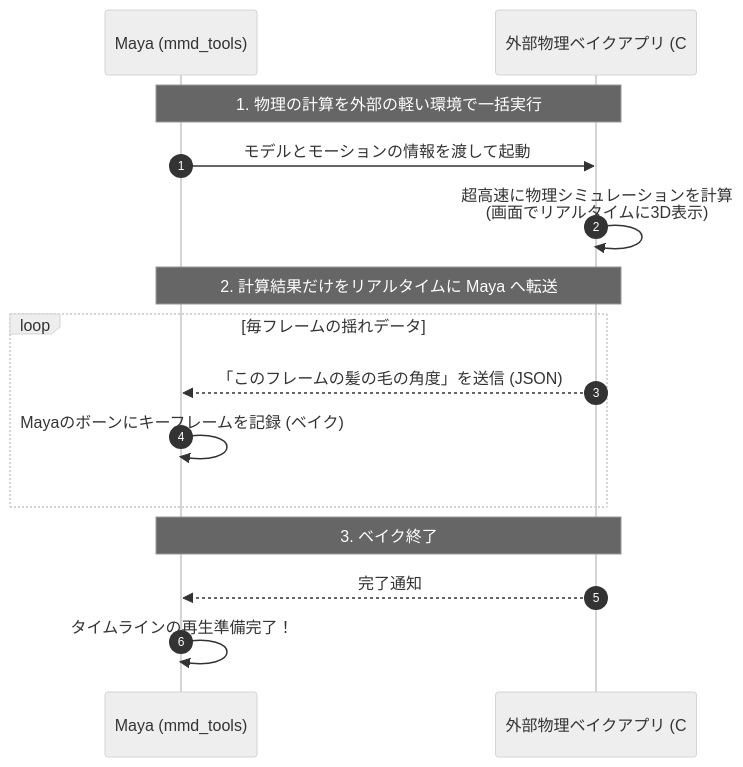
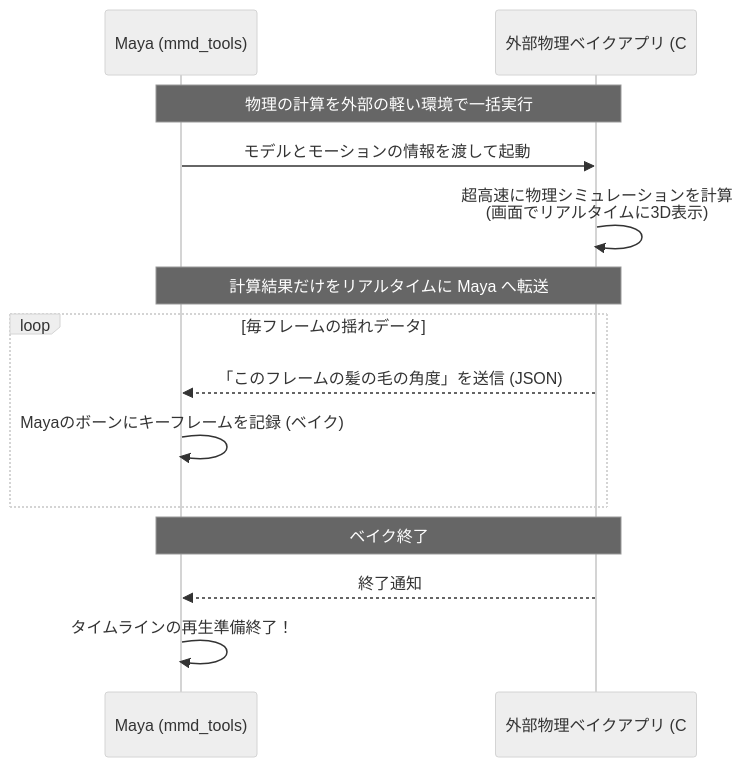
The ninth of 9 diagrams in docs/technical_overview_guide.md (cchina33/mmd_tools_for_maya), drawn with Mermaid (neutral theme) before and after one commit. The commit also changed other lines of this file and 107 other files, not shown here.

````diff
--- a/docs/technical_overview_guide.md
+++ b/docs/technical_overview_guide.md
@@ -200,20 +269,19 @@
 ```mermaid
 sequenceDiagram
-    autonumber
     participant M as Maya (mmd_tools)
     participant B as 外部物理ベイクアプリ (C# / Bullet)
 
-    Note over M, B: 1. 物理の計算を外部の軽い環境で一括実行
+    Note over M, B: 物理の計算を外部の軽い環境で一括実行
     M->>B: モデルとモーションの情報を渡して起動
     B->>B: 超高速に物理シミュレーションを計算<br>(画面でリアルタイムに3D表示)
 
-    Note over M, B: 2. 計算結果だけをリアルタイムに Maya へ転送
+    Note over M, B: 計算結果だけをリアルタイムに Maya へ転送
     loop 毎フレームの揺れデータ
         B-->>M: 「このフレームの髪の毛の角度」を送信 (JSON)
         M->>M: Mayaのボーンにキーフレームを記録 (ベイク)
     end
 
-    Note over M, B: 3. ベイク終了
-    B-->>M: 完了通知
-    M->>M: タイムラインの再生準備完了！
+    Note over M, B: ベイク終了
+    B-->>M: 終了通知
+    M->>M: タイムラインの再生準備終了！
 ```
````
